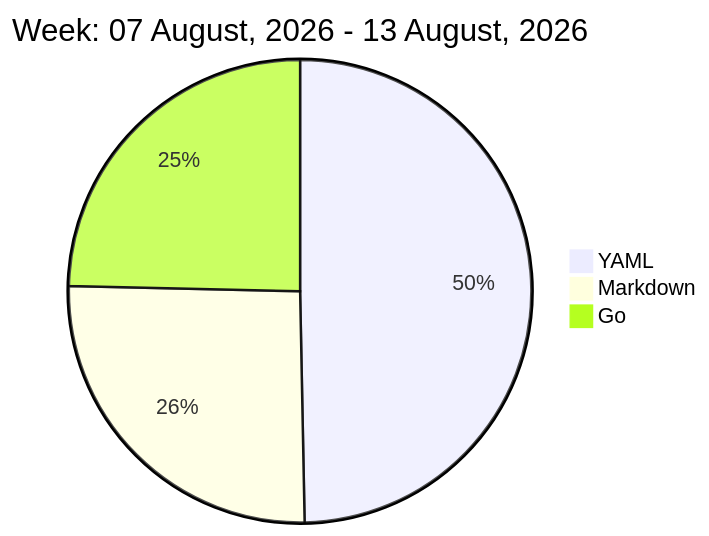
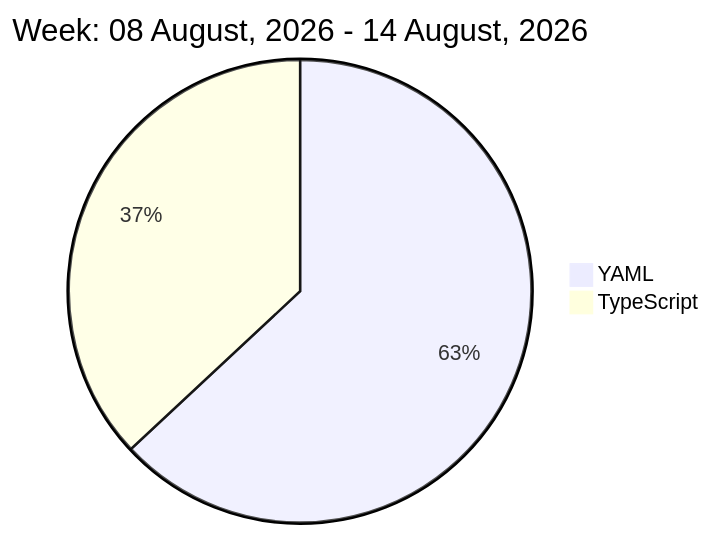
The diagram in README.md (liubin95/liubin95), drawn with Mermaid before and after one commit.

Commit message:
Updated the Graph with new Metrics

````diff
--- a/README.md
+++ b/README.md
@@ -32,7 +32,6 @@
 ```mermaid
  pie
-title Week: 07 August, 2026 - 13 August, 2026
- "YAML" : 4.78
- "Markdown" : 2.47
- "Go" : 2.37
+title Week: 08 August, 2026 - 14 August, 2026
+ "YAML" : 3.55
+ "TypeScript" : 2.08
 ```
````
